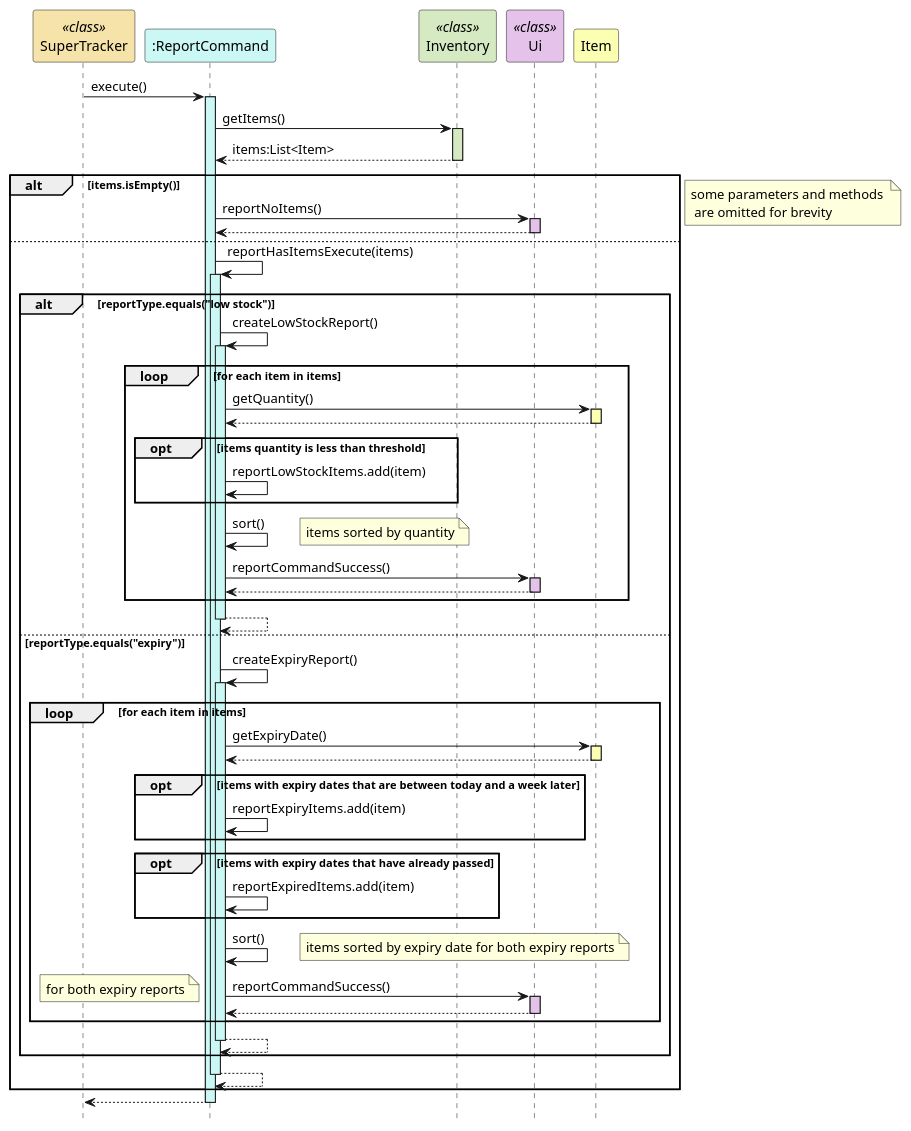
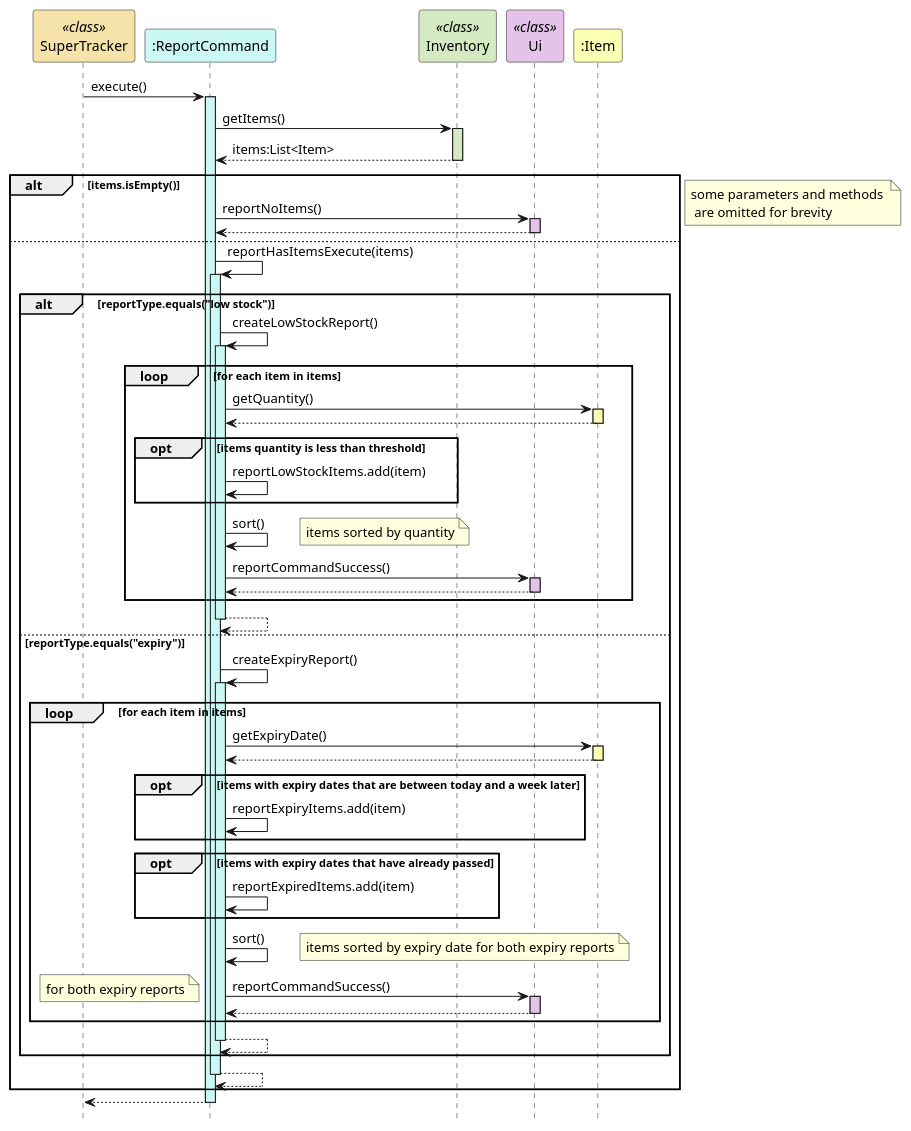
Before and after one commit to AY2324S2-CS2113-T13-4/tp: the second of 2 diagrams in docs/uml-diagrams/ReportCommand.puml, drawn with PlantUML. The commit also changed 1 other file, not shown here.

Commit message:
Fix report command sequence diagram

```diff
--- a/docs/uml-diagrams/ReportCommand.puml
+++ b/docs/uml-diagrams/ReportCommand.puml
@@ -60,83 +60,83 @@
 @startuml
 hide footbox
 participant "SuperTracker" as SuperTracker <<class>> #f5e3a9
 participant ":ReportCommand" as ReportCommand #cbf7f4
 participant "Inventory" as Inventory <<class>> #d5eac2
 participant "Ui" as Ui <<class>> #e5c2ea
-participant "Item" as Item #fbffb2
+participant ":Item" as Item #fbffb2
 
 SuperTracker -> ReportCommand : execute()
 activate ReportCommand #cbf7f4
 
 ReportCommand -> Inventory : getItems()
 activate Inventory #d5eac2
 Inventory --> ReportCommand : items:List<Item>
 deactivate Inventory
 
 alt items.isEmpty()
     ReportCommand -> Ui : reportNoItems()
     activate Ui #e5c2ea
     Ui --> ReportCommand
     deactivate Ui
 
 else
     ReportCommand -> ReportCommand : reportHasItemsExecute(items)
     activate ReportCommand #cbf7f4
     alt reportType.equals("low stock")
         ReportCommand -> ReportCommand : createLowStockReport()
         activate ReportCommand #cbf7f4
         loop for each item in items
             ReportCommand -> Item : getQuantity()
             activate Item #fbffb2
             Item --> ReportCommand
             deactivate Item
             opt items quantity is less than threshold
                 ReportCommand -> ReportCommand : reportLowStockItems.add(item)
             end
             ReportCommand -> ReportCommand : sort()
             note right : items sorted by quantity
             ReportCommand -> Ui : reportCommandSuccess()
             activate Ui #e5c2ea
             Ui --> ReportCommand
             deactivate Ui
         end
         ReportCommand --> ReportCommand
         deactivate ReportCommand
 
     else reportType.equals("expiry")
         ReportCommand -> ReportCommand : createExpiryReport()
         activate ReportCommand #cbf7f4
         loop for each item in items
             ReportCommand -> Item : getExpiryDate()
             activate Item #fbffb2
             Item --> ReportCommand
             deactivate Item
             opt items with expiry dates that are between today and a week later
                 ReportCommand -> ReportCommand : reportExpiryItems.add(item)
             end
             opt items with expiry dates that have already passed
                 ReportCommand -> ReportCommand : reportExpiredItems.add(item)
             end
             ReportCommand -> ReportCommand : sort()
             note right : items sorted by expiry date for both expiry reports
             ReportCommand -> Ui : reportCommandSuccess()
             note left : for both expiry reports
             activate Ui #e5c2ea
             Ui --> ReportCommand
             deactivate Ui
         end
 
         ReportCommand --> ReportCommand
         deactivate ReportCommand
     end
 
     ReportCommand --> ReportCommand
     deactivate ReportCommand
 end
 
 note right : some parameters and methods \n are omitted for brevity
 
 ReportCommand --> SuperTracker
 deactivate ReportCommand
 
 @enduml
```
